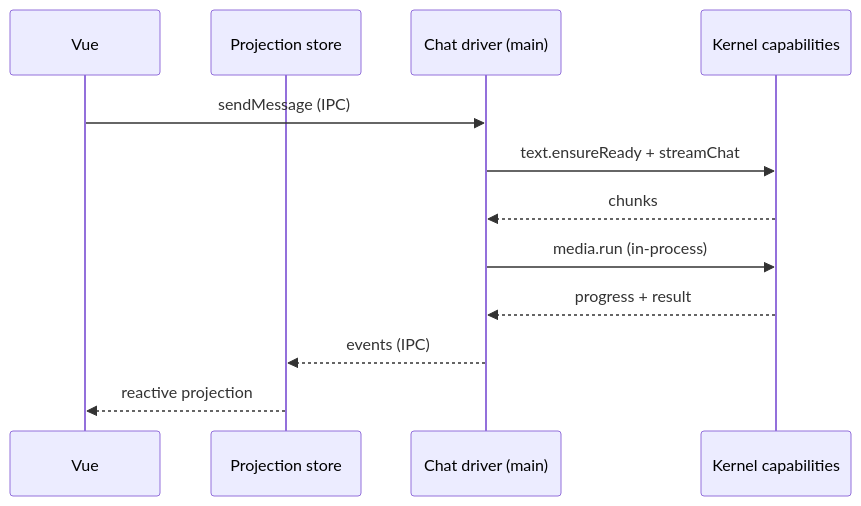
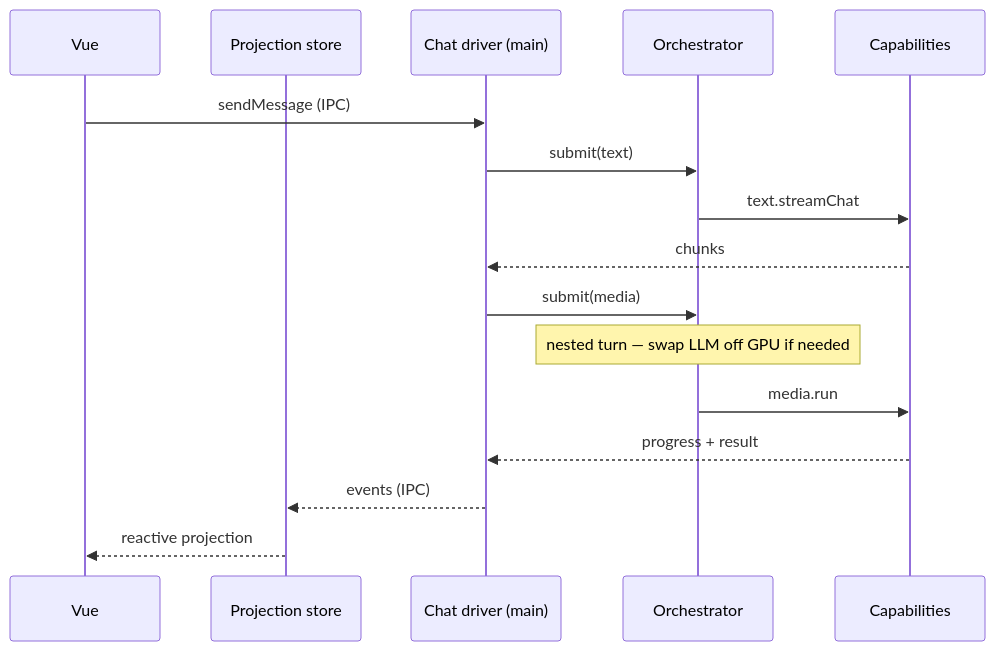
The fifth of 6 diagrams in docs/architecture-target.md (TNG/AI-Playground), drawn with Mermaid before and after one commit. The commit also changed other lines of this file and 1 other file, not shown here.

First line of the commit message:
docs: record architecture decisions — files, consent, orchestrator

````diff
--- a/docs/architecture-target.md
+++ b/docs/architecture-target.md
@@ -342,14 +484,18 @@
 ```mermaid
 sequenceDiagram
   participant V as Vue
   participant P as Projection store
   participant M as Chat driver (main)
-  participant K as Kernel capabilities
+  participant O as Orchestrator
+  participant K as Capabilities
   V->>M: sendMessage (IPC)
-  M->>K: text.ensureReady + streamChat
+  M->>O: submit(text)
+  O->>K: text.streamChat
   K-->>M: chunks
-  M->>K: media.run (in-process)
+  M->>O: submit(media)
+  Note over O: nested turn — swap LLM off GPU if needed
+  O->>K: media.run
   K-->>M: progress + result
   M-->>P: events (IPC)
   P-->>V: reactive projection
 ```
````
